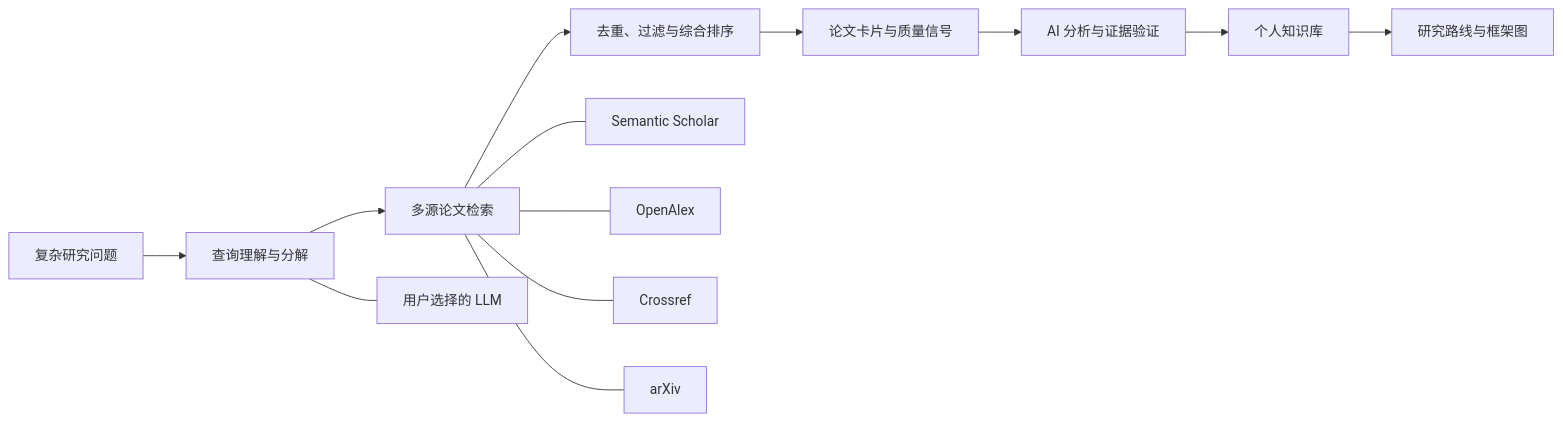
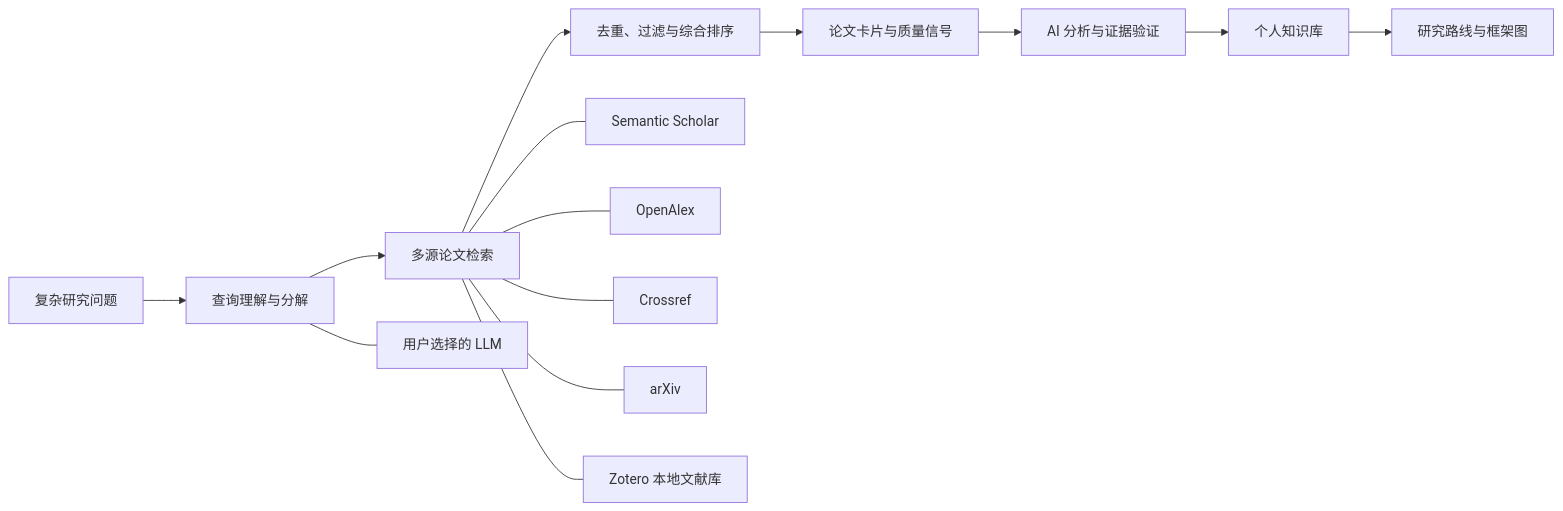
The diagram in README.zh-CN.md (zhangweiguo9719-web/ScholarNova), drawn with Mermaid before and after one commit. The commit also changed other lines of this file and 20 other files, not shown here.

````diff
--- a/README.zh-CN.md
+++ b/README.zh-CN.md
@@ -79,16 +91,17 @@
 ```mermaid
 flowchart LR
     U["复杂研究问题"] --> Q["查询理解与分解"]
     Q --> S["多源论文检索"]
     S --> D["去重、过滤与综合排序"]
     D --> R["论文卡片与质量信号"]
     R --> A["AI 分析与证据验证"]
     A --> K["个人知识库"]
     K --> G["研究路线与框架图"]
 
     S --- SS["Semantic Scholar"]
     S --- OA["OpenAlex"]
     S --- CR["Crossref"]
     S --- AX["arXiv"]
+    S --- Z["Zotero 本地文献库"]
     Q --- LLM["用户选择的 LLM"]
 ```
````
